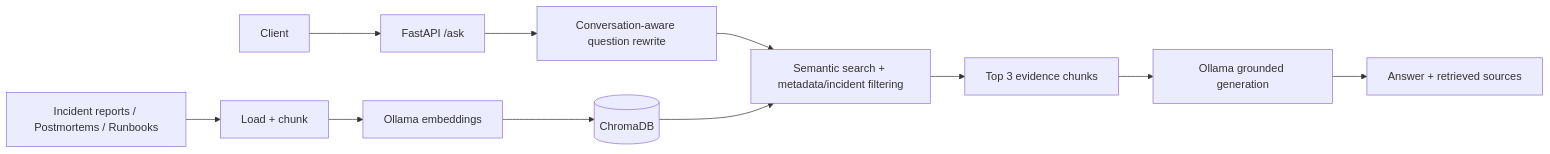
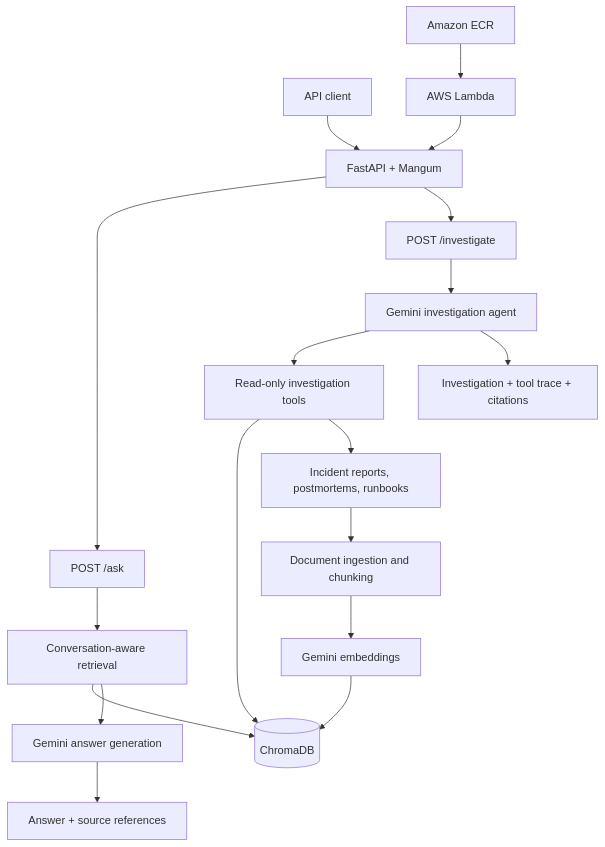
One commit to AmanPatil21/IncidentGraph-AI changed the diagram in README.md. Above: the diagram before and after it, drawn with Mermaid. The commit also changed other lines of this file and 8 other files, not shown here.

Commit message:
feat: integrate Gemini agent function calling and deploy with Docker and AWS Lambda

````diff
--- a/README.md
+++ b/README.md
@@ -21,13 +49,26 @@
 ```mermaid
-flowchart LR
-    D[Incident reports / Postmortems / Runbooks] --> I[Load + chunk]
-    I --> E[Ollama embeddings]
-    E --> V[(ChromaDB)]
-    U[Client] --> A[FastAPI /ask]
-    A --> R[Conversation-aware question rewrite]
-    R --> S[Semantic search + metadata/incident filtering]
-    V --> S
-    S --> C[Top 3 evidence chunks]
-    C --> L[Ollama grounded generation]
-    L --> O[Answer + retrieved sources]
+flowchart TD
+    A[Incident reports, postmortems, runbooks] --> B[Document ingestion and chunking]
+    B --> C[Gemini embeddings]
+    C --> D[(ChromaDB)]
+
+    U[API client] --> E[FastAPI + Mangum]
+
+    E --> F[POST /ask]
+    E --> G[POST /investigate]
+
+    F --> H[Conversation-aware retrieval]
+    H --> D
+    H --> I[Gemini answer generation]
+
+    G --> J[Gemini investigation agent]
+    J --> K[Read-only investigation tools]
+    K --> D
+    K --> A
+
+    I --> L[Answer + source references]
+    J --> M[Investigation + tool trace + citations]
+
+    N[Amazon ECR] --> O[AWS Lambda]
+    O --> E
 ```
````
